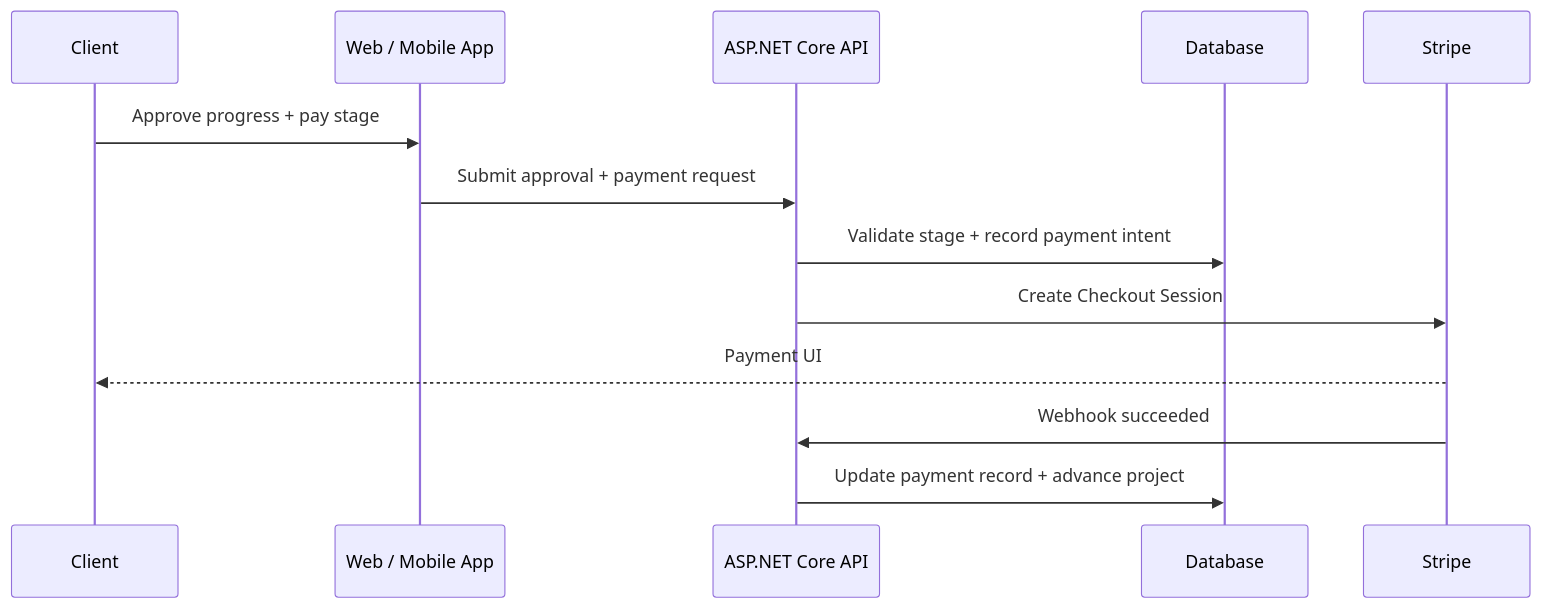
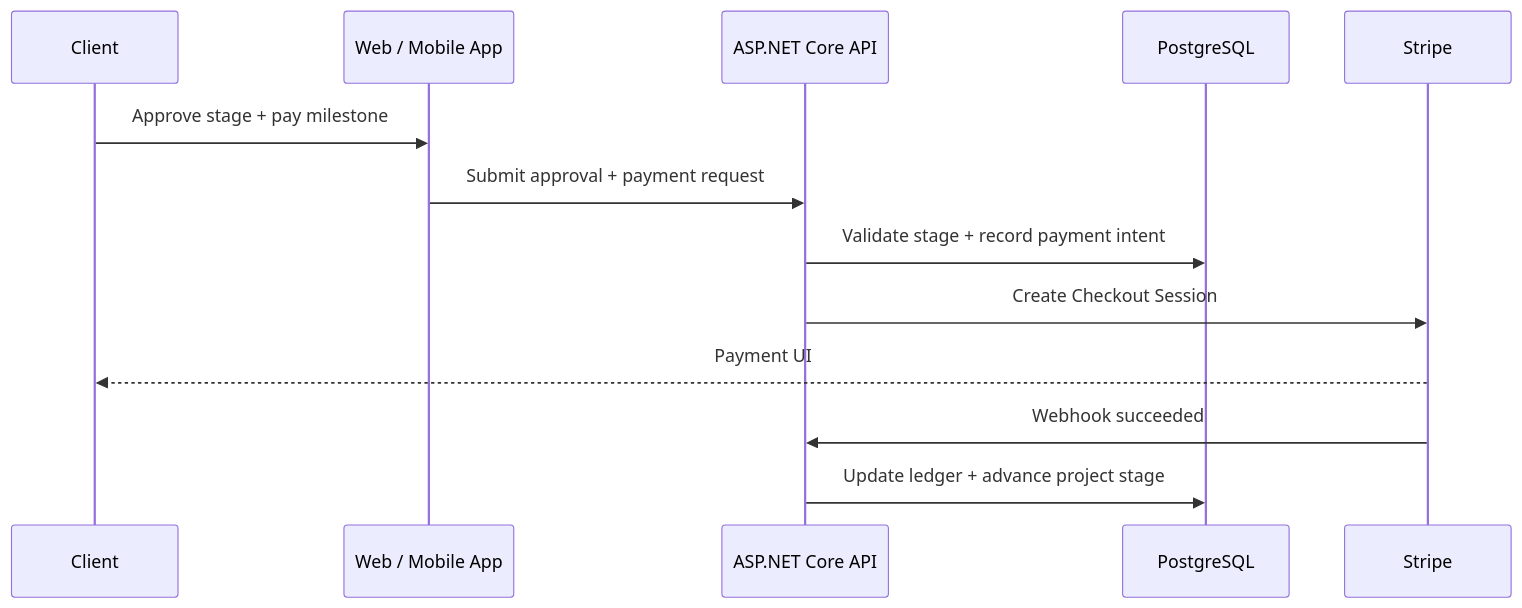
One commit to MNSBaanu/Inside changed the third of 3 diagrams in docs/Proposal/diagrams/architecture-diagrams.md. Above: the diagram before and after it, drawn with Mermaid. The commit also changed other lines of this file and 2 other files, not shown here.

First line of the commit message:
docs(proposal): Revise architecture diagrams and add detailed design files

````diff
--- a/docs/Proposal/diagrams/architecture-diagrams.md
+++ b/docs/Proposal/diagrams/architecture-diagrams.md
@@ -130,16 +197,16 @@
 ```mermaid
 sequenceDiagram
     participant C as Client
-    participant Web as Web / Mobile App
+    participant App as Web / Mobile App
     participant API as ASP.NET Core API
-    participant DB as Database
+    participant DB as PostgreSQL
     participant ST as Stripe
 
-    C->>Web: Approve progress + pay stage
-    Web->>API: Submit approval + payment request
+    C->>App: Approve stage + pay milestone
+    App->>API: Submit approval + payment request
     API->>DB: Validate stage + record payment intent
     API->>ST: Create Checkout Session
     ST-->>C: Payment UI
     ST->>API: Webhook succeeded
-    API->>DB: Update payment record + advance project
+    API->>DB: Update ledger + advance project stage
 ```
````
